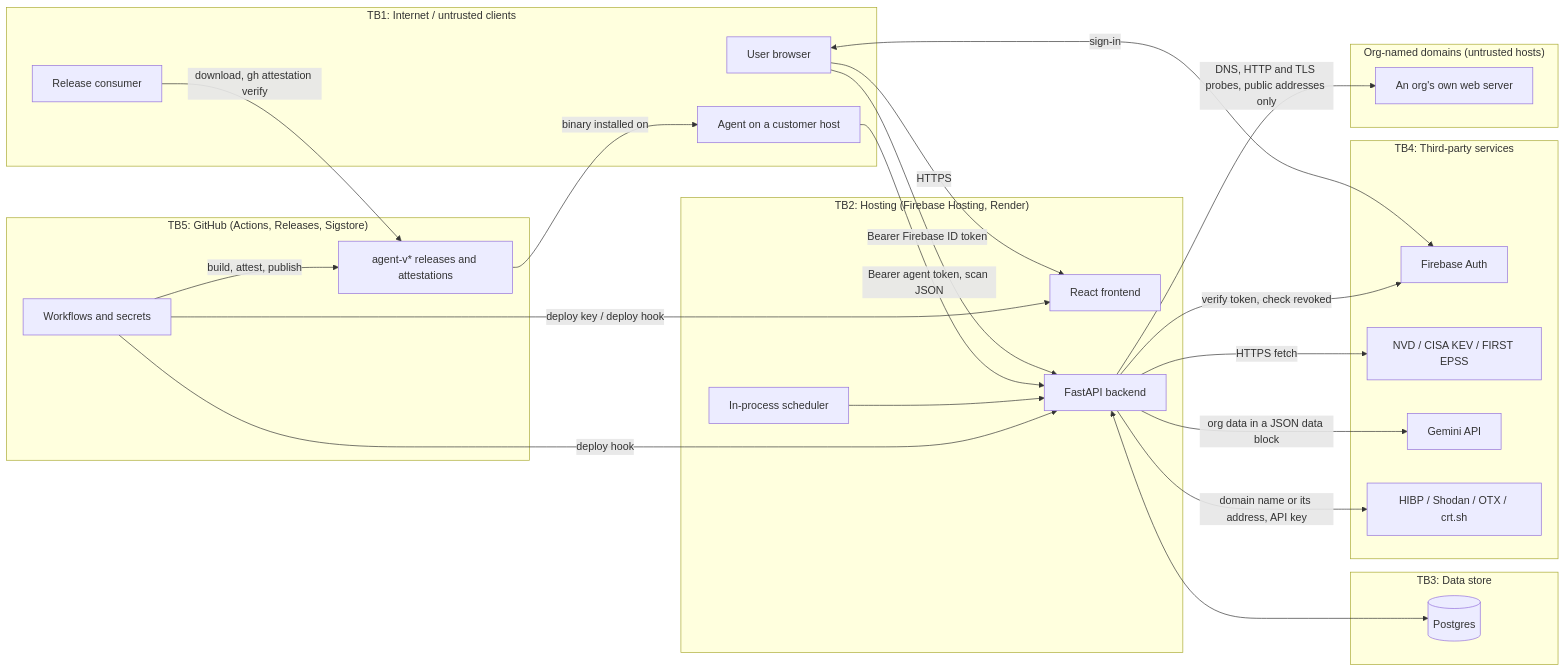
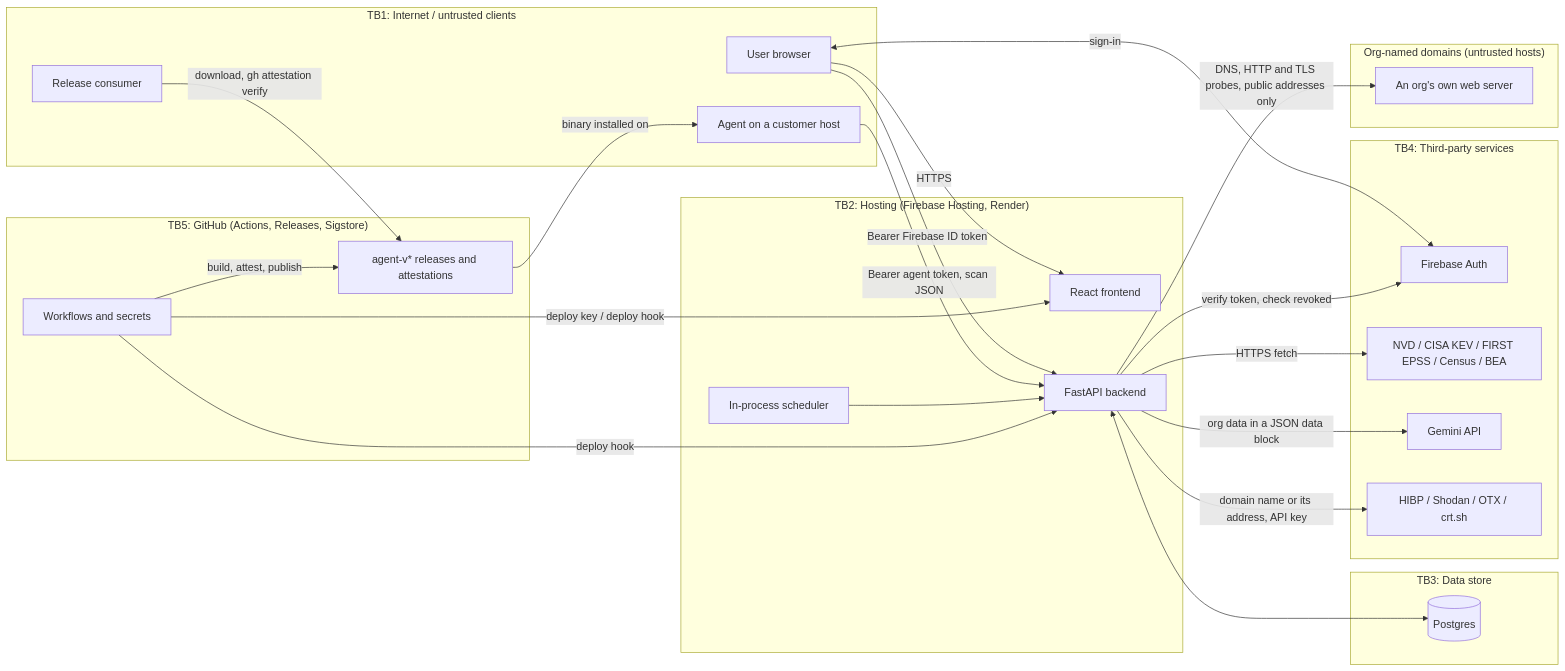
Before and after one commit to firegiant9000/Senior-Cybersecurity-Project: the diagram in docs/security/threat_model.md, drawn with Mermaid. The commit also changed other lines of this file and 6 other files, not shown here.

````diff
--- a/docs/security/threat_model.md
+++ b/docs/security/threat_model.md
@@ -44,45 +44,45 @@
 ```mermaid
 flowchart LR
   subgraph TB1["TB1: Internet / untrusted clients"]
     U["User browser"]
     A["Agent on a customer host"]
     C["Release consumer"]
   end
   subgraph TB2["TB2: Hosting (Firebase Hosting, Render)"]
     FE["React frontend"]
     API["FastAPI backend"]
     SCH["In-process scheduler"]
   end
   subgraph TB3["TB3: Data store"]
     DB[("Postgres")]
   end
   subgraph TB4["TB4: Third-party services"]
     FA["Firebase Auth"]
-    FEEDS["NVD / CISA KEV / FIRST EPSS"]
+    FEEDS["NVD / CISA KEV / FIRST EPSS / Census / BEA"]
     GEM["Gemini API"]
     OSINT["HIBP / Shodan / OTX / crt.sh"]
   end
   subgraph EXT["Org-named domains (untrusted hosts)"]
     TGT["An org's own web server"]
   end
   subgraph TB5["TB5: GitHub (Actions, Releases, Sigstore)"]
     GHA["Workflows and secrets"]
     REL["agent-v* releases and attestations"]
   end
   U -->|"HTTPS"| FE
   U -->|"Bearer Firebase ID token"| API
   U <-->|"sign-in"| FA
   API -->|"verify token, check revoked"| FA
   A -->|"Bearer agent token, scan JSON"| API
   API <--> DB
   SCH --> API
   API -->|"HTTPS fetch"| FEEDS
   API -->|"org data in a JSON data block"| GEM
   API -->|"domain name or its address, API key"| OSINT
   API -->|"DNS, HTTP and TLS probes, public addresses only"| TGT
   GHA -->|"deploy key / deploy hook"| FE
   GHA -->|"deploy hook"| API
   GHA -->|"build, attest, publish"| REL
   C -->|"download, gh attestation verify"| REL
   REL -->|"binary installed on"| A
 ```
````
